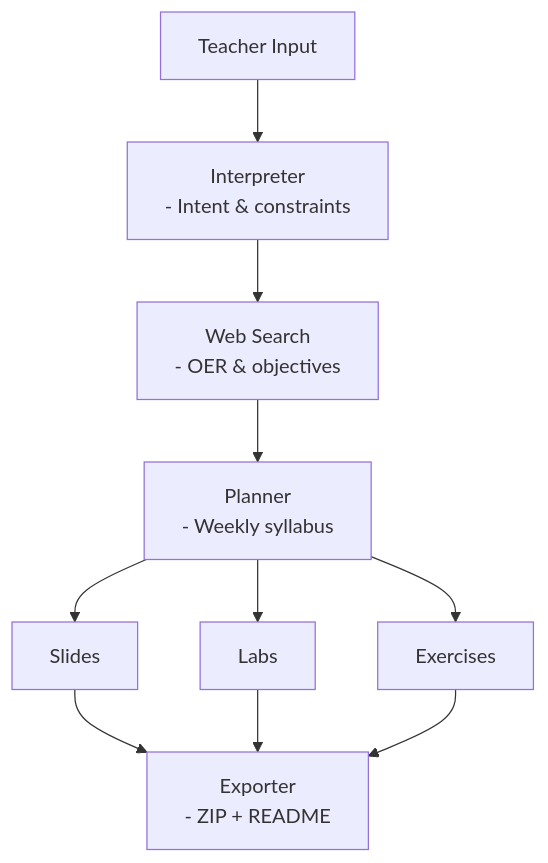
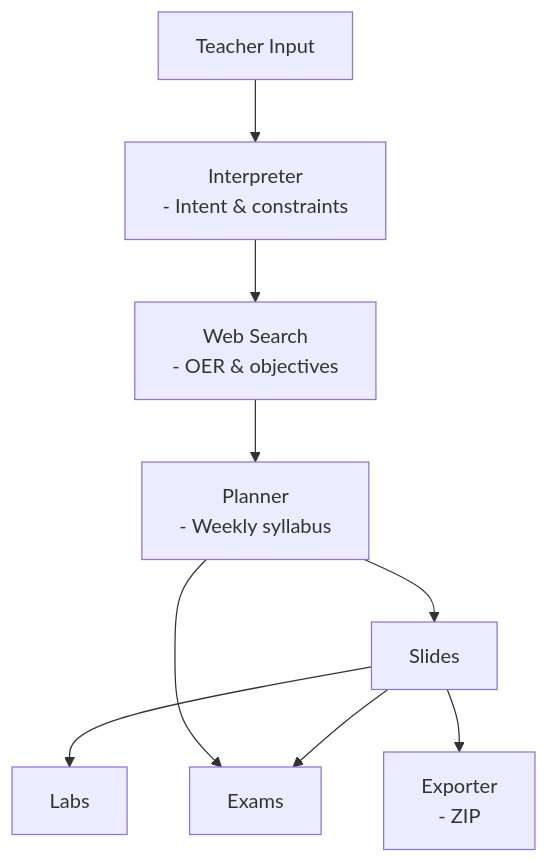
One commit to FaiOnayq/minhaj changed the diagram in README.md. Above: the diagram before and after it, drawn with Mermaid.

````diff
--- a/README.md
+++ b/README.md
@@ -2,12 +2,12 @@
 ```mermaid
 graph TD;
     A[Teacher Input] --> B[Interpreter<br/>- Intent & constraints];
     B --> C[Web Search<br/>- OER & objectives];
     C --> D[Planner<br/>- Weekly syllabus];
     D --> E[Slides];
-    D --> F[Labs];
-    D --> G[Exercises];
-    E --> H[Exporter<br/>- ZIP + README];
-    F --> H;
-    G --> H;
+    E --> F[Labs];
+    D --> G[Exams];
+    E --> G
+    E --> H[Exporter<br/>- ZIP];
+
 ```
````
